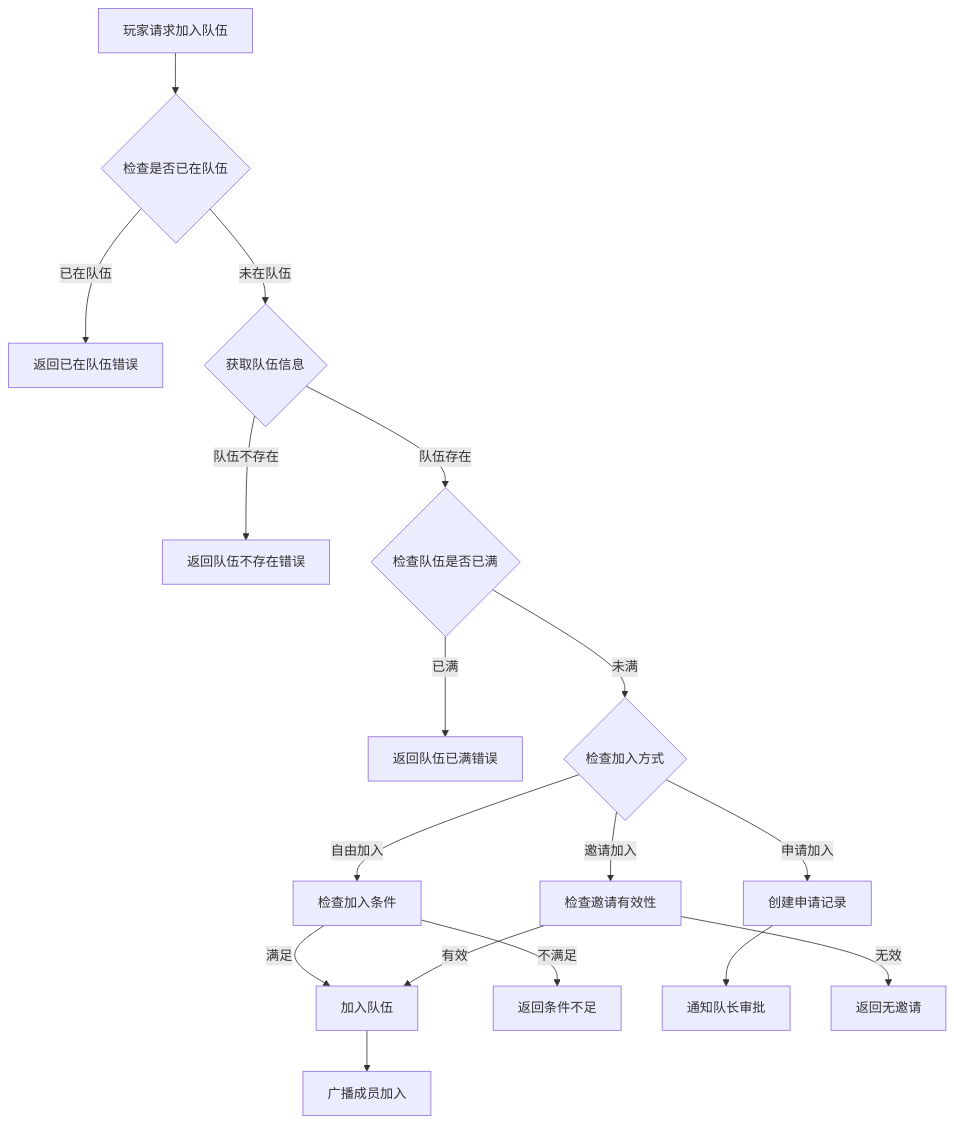
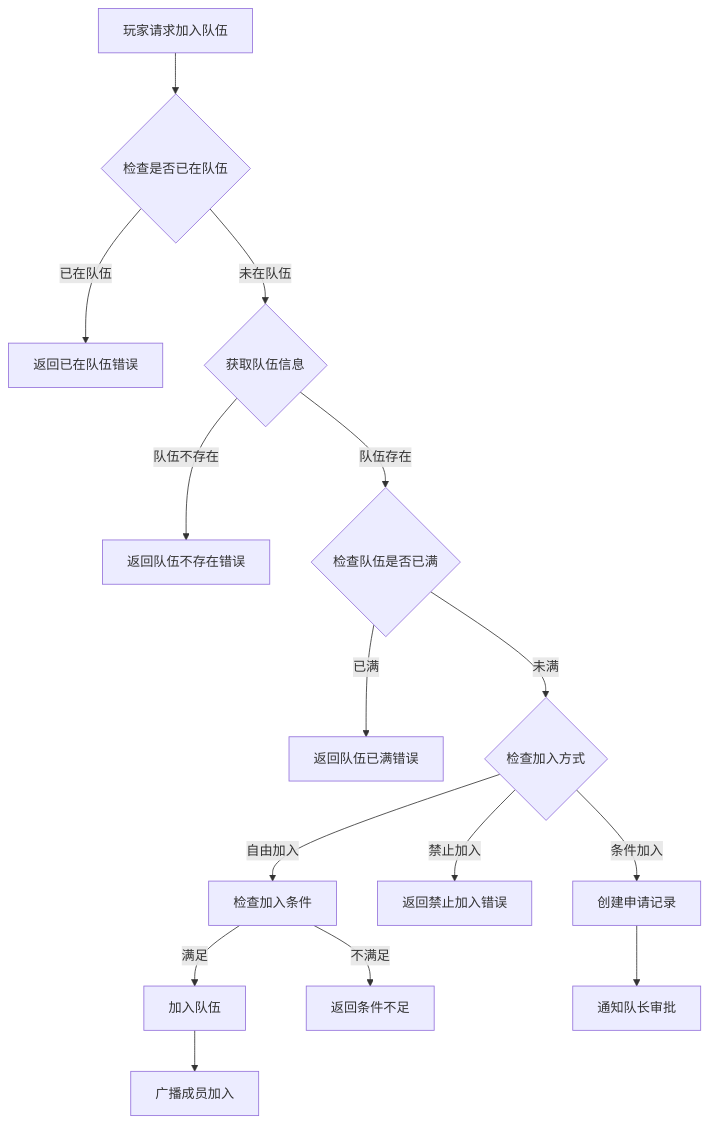
One commit to Alan-Ben/k2c_game_framework changed the third of 6 diagrams in docs/Module_ActivityTeam/05_完整说明.md. Above: the diagram before and after it, drawn with Mermaid. The commit also changed other lines of this file and 5 other files, not shown here.

````diff
--- a/docs/Module_ActivityTeam/05_完整说明.md
+++ b/docs/Module_ActivityTeam/05_完整说明.md
@@ -98,19 +139,17 @@
 ```mermaid
 flowchart TD
     A[玩家请求加入队伍] --> B{检查是否已在队伍}
     B -->|已在队伍| C[返回已在队伍错误]
     B -->|未在队伍| D{获取队伍信息}
     D -->|队伍不存在| E[返回队伍不存在错误]
     D -->|队伍存在| F{检查队伍是否已满}
     F -->|已满| G[返回队伍已满错误]
     F -->|未满| H{检查加入方式}
     H -->|自由加入| I[检查加入条件]
-    H -->|申请加入| J[创建申请记录]
-    H -->|邀请加入| K[检查邀请有效性]
+    H -->|禁止加入| J[返回禁止加入错误]
+    H -->|条件加入| K[创建申请记录]
     I -->|满足| L[加入队伍]
     I -->|不满足| M[返回条件不足]
-    J --> N[通知队长审批]
-    K -->|有效| L
-    K -->|无效| O[返回无邀请]
-    L --> P[广播成员加入]
+    K --> N[通知队长审批]
+    L --> O[广播成员加入]
 ```
````
